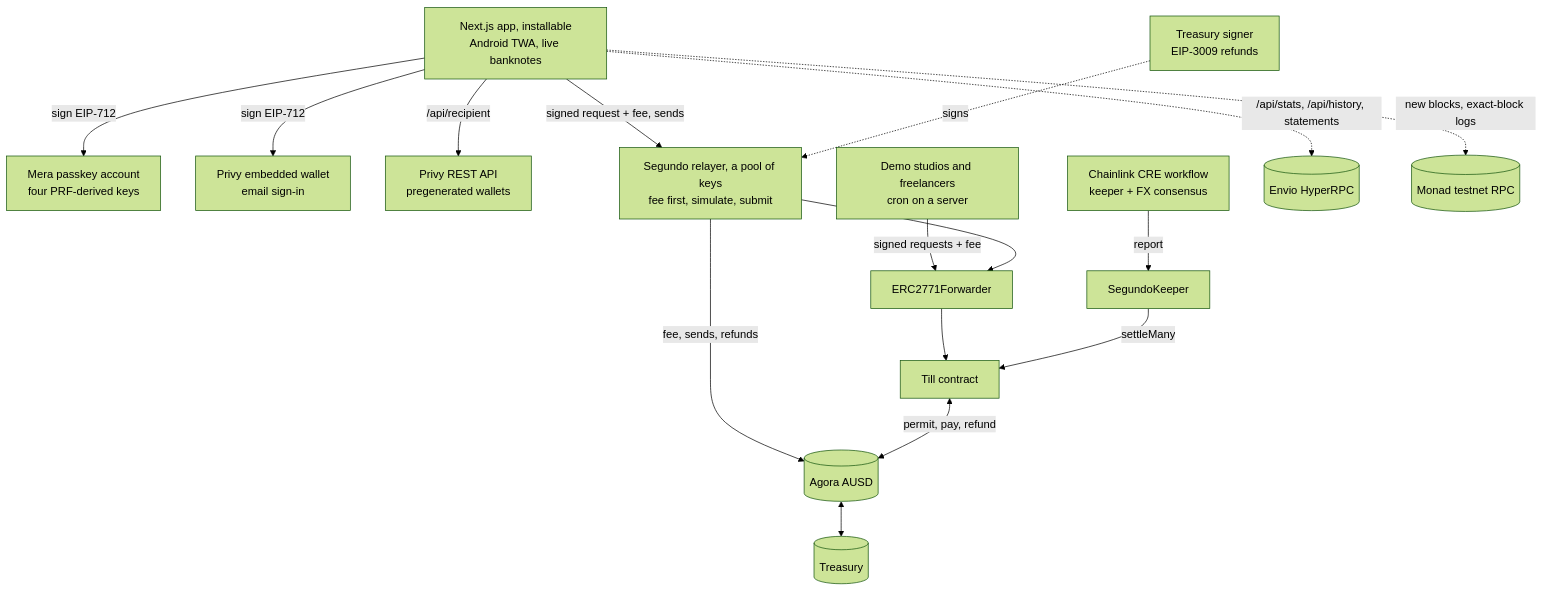
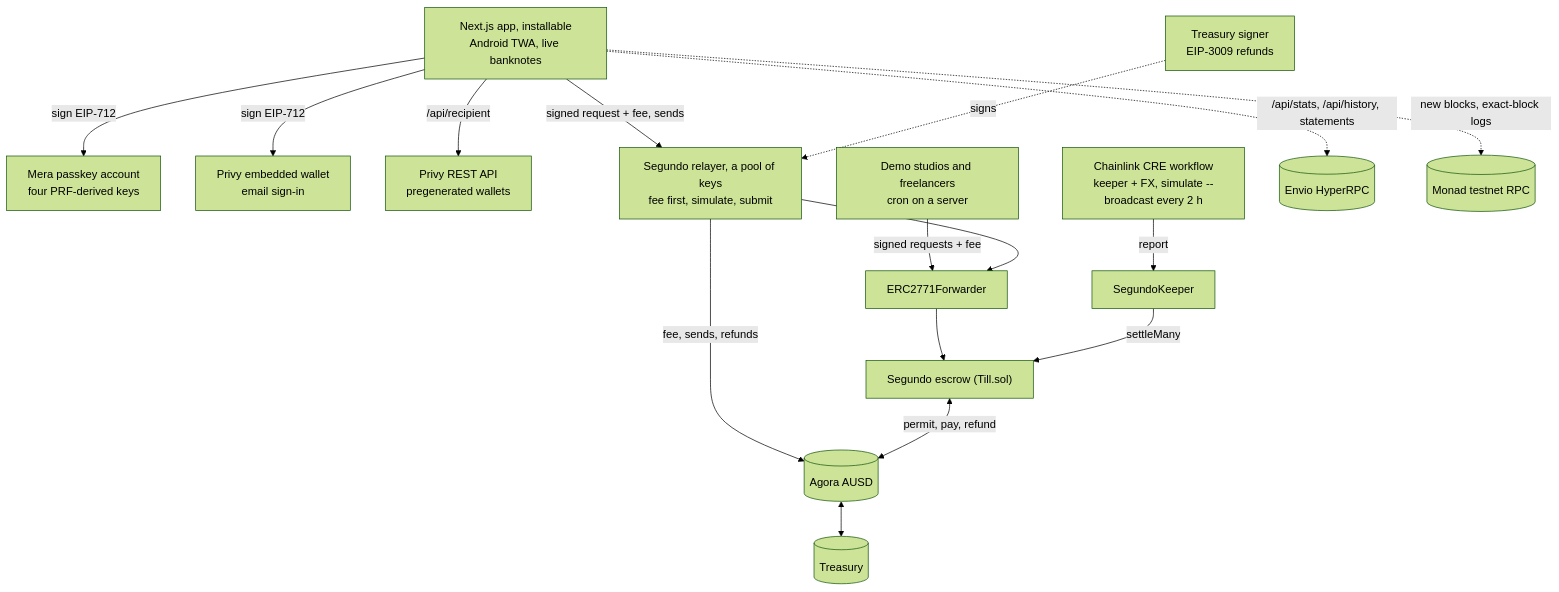
The second of 2 diagrams in README.md (RohanGlitched/segundo), drawn with Mermaid (forest theme) before and after one commit. The commit also changed other lines of this file and 99 other files, not shown here.

````diff
--- a/README.md
+++ b/README.md
@@ -235,31 +265,31 @@
 ```mermaid
 flowchart TB
     APP["Next.js app, installable<br/>Android TWA, live banknotes"]
     MERA["Mera passkey account<br/>four PRF-derived keys"]
     PRIVY["Privy embedded wallet<br/>email sign-in"]
     PAPI["Privy REST API<br/>pregenerated wallets"]
     REL["Segundo relayer, a pool of keys<br/>fee first, simulate, submit"]
     TSIG["Treasury signer<br/>EIP-3009 refunds"]
     BOTS["Demo studios and freelancers<br/>cron on a server"]
-    CRE["Chainlink CRE workflow<br/>keeper + FX consensus"]
+    CRE["Chainlink CRE workflow<br/>keeper + FX, simulate --broadcast every 2 h"]
     KEEP["SegundoKeeper"]
     FWD["ERC2771Forwarder"]
-    TILL["Till contract"]
+    TILL["Segundo escrow (Till.sol)"]
     AUSD[("Agora AUSD")]
     TRES[("Treasury")]
     ENVIO[("Envio HyperRPC")]
     RPC[("Monad testnet RPC")]
     APP -->|sign EIP-712| MERA
     APP -->|sign EIP-712| PRIVY
     APP -->|/api/recipient| PAPI
     APP -->|signed request + fee, sends| REL
     BOTS -->|signed requests + fee| FWD
     REL -->|fee, sends, refunds| AUSD
     TSIG -.->|signs| REL
     REL --> FWD --> TILL
     CRE -->|report| KEEP -->|settleMany| TILL
     AUSD <--> TRES
     TILL <-->|permit, pay, refund| AUSD
     APP -.->|new blocks, exact-block logs| RPC
     APP -.->|/api/stats, /api/history, statements| ENVIO
 ```
````
